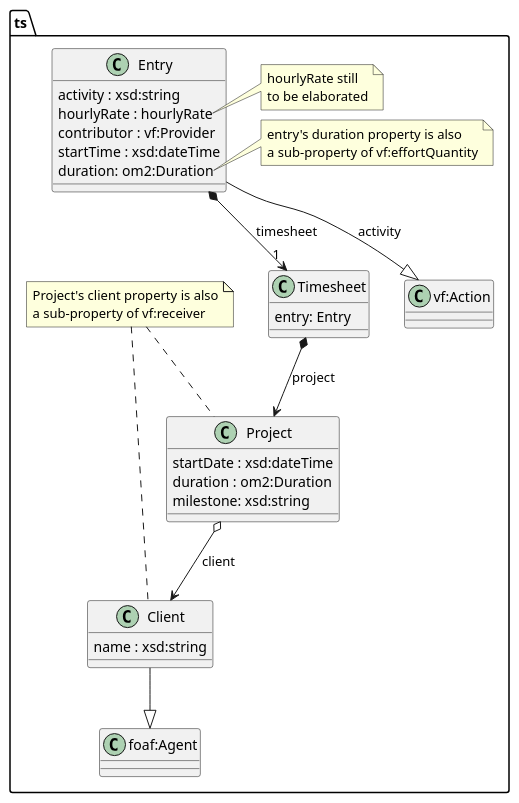
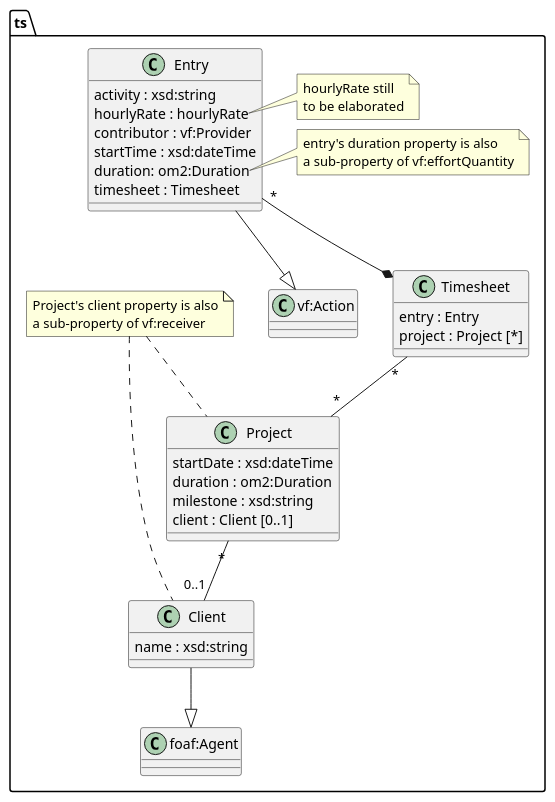
One commit to m-ld/timeld changed the diagram in architecture/data-model/class-data-model.puml. Above: the diagram before and after it, drawn with PlantUML. The commit also changed 1 other file, not shown here.

```diff
--- a/architecture/data-model/class-data-model.puml
+++ b/architecture/data-model/class-data-model.puml
@@ -1,57 +1,60 @@
 @startuml
 'https://plantuml.com/class-diagram
 
 package ts {
     class Timesheet {
-        entry: Entry
+        entry : Entry
+        project : Project [*]
     }
 
     class Entry {
         activity : xsd:string
         hourlyRate : hourlyRate
         contributor : vf:Provider
         startTime : xsd:dateTime
         duration: om2:Duration
+        timesheet : Timesheet
     }
 
     note right of Entry::hourlyRate
         hourlyRate still
         to be elaborated
     end note
 
     note right of Entry::duration
         entry's duration property is also
         a sub-property of vf:effortQuantity
     end note
 
-    "Entry" --|> "vf:Action" : activity
+    Entry --|> "vf:Action"
 
-    "Entry" *--> "1" Timesheet : timesheet
+        "Entry" "*" --* Timesheet
 
     class Project {
         startDate : xsd:dateTime
         duration : om2:Duration
-        milestone: xsd:string
+        milestone : xsd:string
+        client : Client [0..1]
     }
 
-    Timesheet *--> Project : project
+    Timesheet "*" -- "*" Project
 
     class Client {
         name : xsd:string
     }
 
-    Project o--> Client : client
+    Project "*" -- "0..1" Client
 
     note as N1
     Project's client property is also
     a sub-property of vf:receiver
     end note
 
     N1 .. Project
     N1 .. Client
 
     Client --|> "foaf:Agent"
 
 }
 
 @enduml
```
